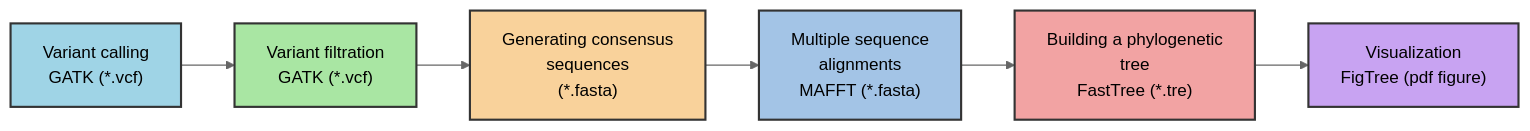
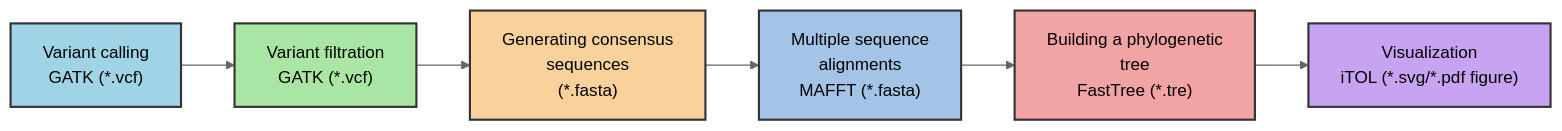
The diagram in lecture9/9.3_Building-a-Phylogenetic-Tree/README.md (UeenHuynh/MGMA_2024), drawn with Mermaid (neutral theme) before and after one commit. The commit also changed other lines of this file, not shown here.

Commit message:
Update iTOL

````diff
--- a/lecture9/9.3_Building-a-Phylogenetic-Tree/README.md
+++ b/lecture9/9.3_Building-a-Phylogenetic-Tree/README.md
@@ -17,15 +17,15 @@
 ```mermaid
 graph LR;
 style A fill:#9fd4e6, stroke:#333, stroke-width:2px;
 style B fill:#a9e6a3, stroke:#333, stroke-width:2px;
 style C fill:#f9d29b, stroke:#333, stroke-width:2px;
 style D fill:#a3c4e6, stroke:#333, stroke-width:2px;
 style E fill:#f2a3a3, stroke:#333, stroke-width:2px;
 style F fill:#c8a3f2, stroke:#333, stroke-width:2px;
 
 A["Variant calling <br/> GATK (*.vcf)"] --> B["Variant filtration <br/> GATK (*.vcf)"];
 B --> C["Generating consensus<br/> sequences <br/> (*.fasta)"];
 C --> D["Multiple sequence<br/> alignments <br/> MAFFT (*.fasta)"];
 D --> E["Building a phylogenetic<br/> tree <br/> FastTree (*.tre)"];
-E --> F["Visualization <br/> FigTree (pdf figure)"];
+E --> F["Visualization <br/> iTOL (*.svg/*.pdf figure)"];
 ```
````
